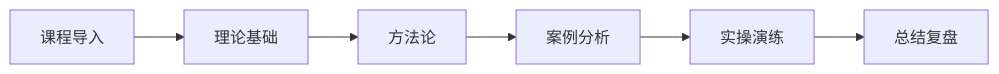
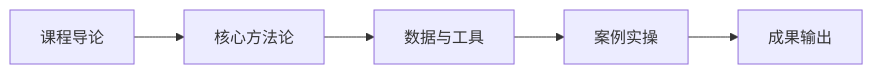
One commit to cmc005v-tech/etech-docs changed the diagram in docs/l2/a02-sample-lesson.md. Above: the diagram before and after it, drawn with Mermaid. The commit also changed other lines of this file and 21 other files, not shown here.

````diff
--- a/docs/l2/a02-sample-lesson.md
+++ b/docs/l2/a02-sample-lesson.md
@@ -85,8 +82,7 @@
 ```mermaid
 graph LR
-    A[课程导入] --> B[理论基础]
-    B --> C[方法论]
-    C --> D[案例分析]
-    D --> E[实操演练]
-    E --> F[总结复盘]
+    A[课程导论] --> B[核心方法论]
+    B --> C[数据与工具]
+    C --> D[案例实操]
+    D --> E[成果输出]
 ```
````
